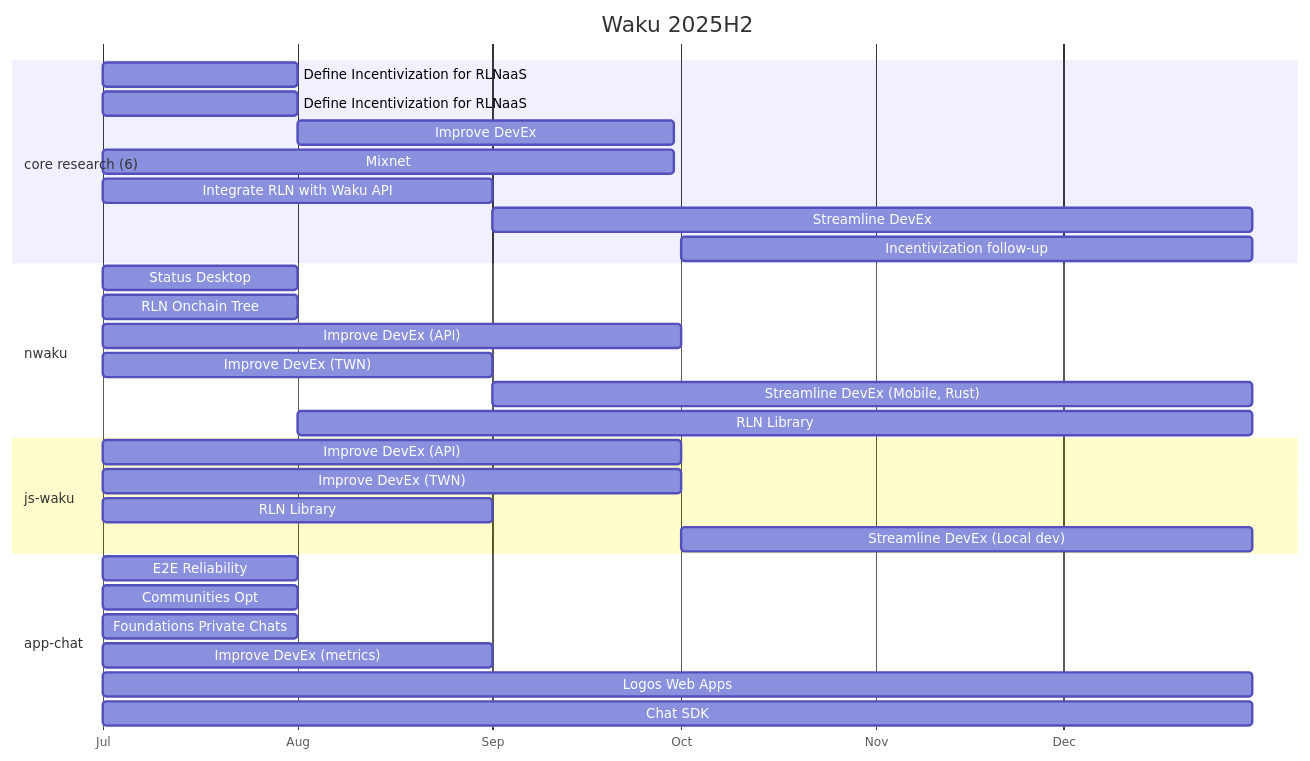
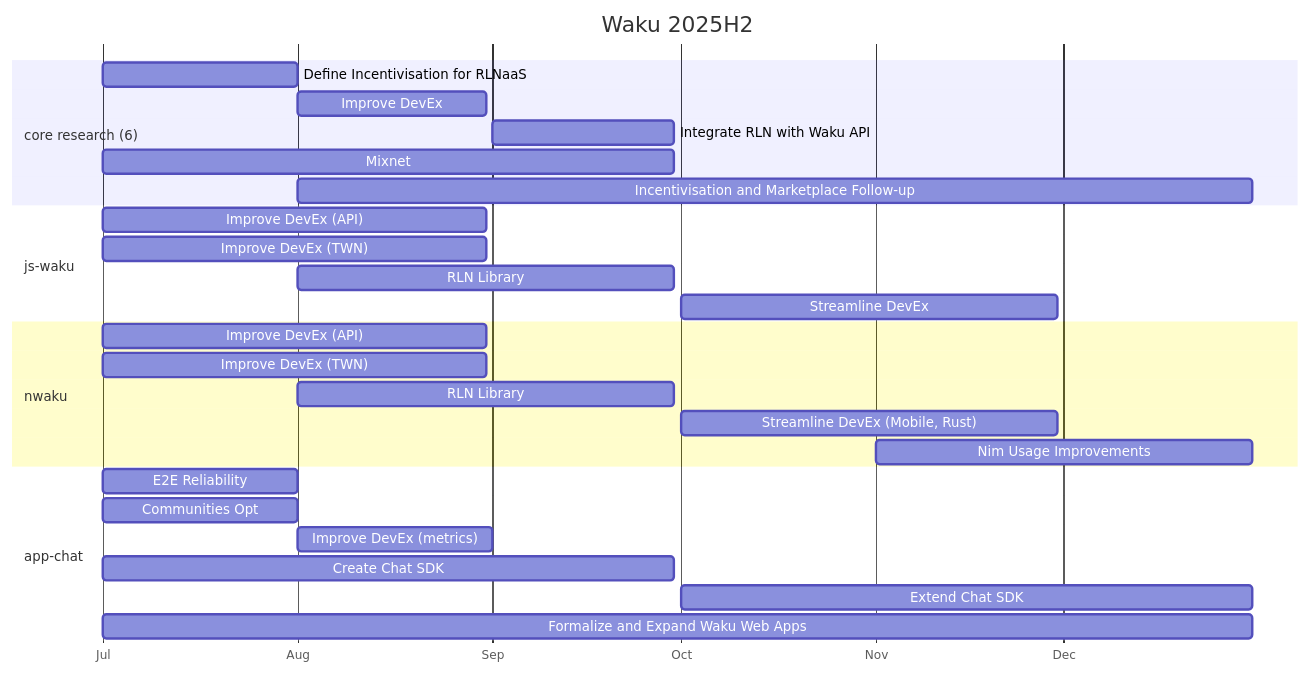
The diagram in draft-roadmap/README.md (waku-org/pm), drawn with Mermaid before and after one commit. The commit also changed other lines of this file and 4 other files, not shown here.

````diff
--- a/draft-roadmap/README.md
+++ b/draft-roadmap/README.md
@@ -124,33 +135,30 @@
 ```mermaid
 gantt
     title Waku 2025H2
     dateFormat YYYY-MM-DD
     axisFormat %b
     section core research (6)
-        Define Incentivization for RLNaaS: 2025-07-01, 2025-08-01
-        Define Incentivization for RLNaaS: 2025-07-01, 2025-08-01
-        Improve DevEx: 2025-08-01, 2025-09-30
+        Define Incentivisation for RLNaaS: 2025-07-01, 2025-08-01
+        Improve DevEx: 2025-08-01, 2025-08-31
+        Integrate RLN with Waku API: 2025-09-01, 2025-09-30
         Mixnet: 2025-07-01, 2025-09-30
-        Integrate RLN with Waku API: 2025-07-01, 2025-09-01
-        Streamline DevEx: 2025-09-01, 2025-12-31
-        Incentivization follow-up: 2025-10-01, 2025-12-31
+        Incentivisation and Marketplace Follow-up: 2025-08-01, 2025-12-31
+    section js-waku
+      Improve DevEx (API): 2025-07-01, 2025-08-31
+      Improve DevEx (TWN): 2025-07-01, 2025-08-31
+      RLN Library: 2025-08-01, 2025-09-30
+      Streamline DevEx: 2025-10-01, 2025-11-30        
     section nwaku
-        Status Desktop: 2025-07-01, 2025-08-01
-        RLN Onchain Tree: 2025-07-01, 2025-08-01
-        Improve DevEx (API): 2025-07-01, 2025-10-01
-        Improve DevEx (TWN): 2025-07-01, 2025-09-01
-        Streamline DevEx (Mobile, Rust): 2025-09-01, 2025-12-31
-        RLN Library: 2025-08-01, 2025-12-31
-    section js-waku
-        Improve DevEx (API): 2025-07-01, 2025-10-01
-        Improve DevEx (TWN): 2025-07-01, 2025-10-01
-        RLN Library: 2025-07-01, 2025-09-01
-        Streamline DevEx (Local dev): 2025-10-01, 2025-12-31
+        Improve DevEx (API): 2025-07-01, 2025-08-31
+        Improve DevEx (TWN): 2025-07-01, 2025-08-31
+        RLN Library: 2025-08-01, 2025-09-30
+        Streamline DevEx (Mobile, Rust): 2025-10-01, 2025-11-30
+        Nim Usage Improvements: 2025-11-01, 2025-12-31
     section app-chat
         E2E Reliability: 2025-07-01, 2025-08-01
         Communities Opt: 2025-07-01, 2025-08-01
-        Foundations Private Chats: 2025-07-01, 2025-08-01
-        Improve DevEx (metrics): 2025-07-01, 2025-09-01
-        Logos Web Apps: 2025-07-01, 2025-12-31
-        Chat SDK: 2025-07-01, 2025-12-31
+        Improve DevEx (metrics): 2025-08-01, 2025-09-01
+        Create Chat SDK: 2025-07-01, 2025-09-30
+        Extend Chat SDK: 2025-10-01, 2025-12-31
+        Formalize and Expand Waku Web Apps: 2025-07-01, 2025-12-31
 ```
````
